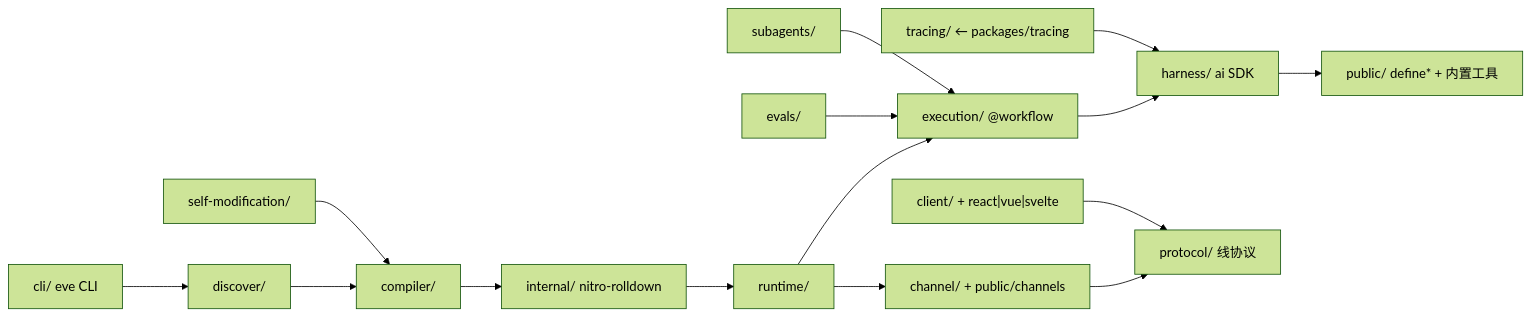
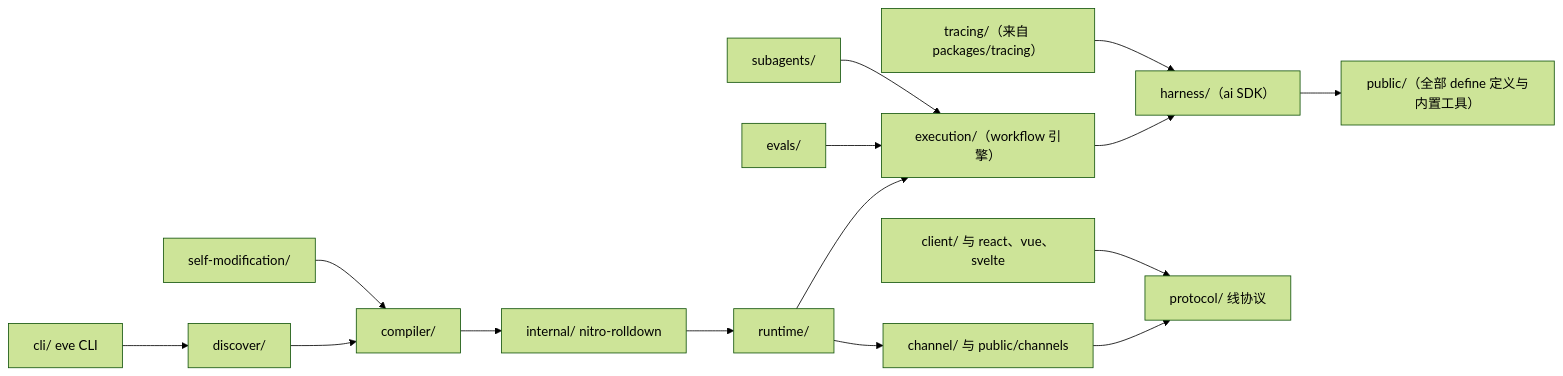
Before and after one commit to zjordon/eve: the second of 2 diagrams in out/架构分析.md, drawn with Mermaid (forest theme). The commit also changed other lines of this file and 1 other file, not shown here.

First line of the commit message:
docs: use GitHub-compatible mermaid syntax in analysis reports

````diff
--- a/out/架构分析.md
+++ b/out/架构分析.md
@@ -178,17 +181,17 @@
 ```mermaid
 graph LR
     CLI["cli/ eve CLI"] --> DISC["discover/"]
     DISC --> COMP["compiler/"]
     COMP --> INT["internal/ nitro-rolldown"]
     INT --> RUN["runtime/"]
-    RUN --> EXEC["execution/ @workflow"]
-    EXEC --> HAR["harness/ ai SDK"]
-    HAR --> PUB["public/ define* + 内置工具"]
-    RUN --> CH["channel/ + public/channels"]
+    RUN --> EXEC["execution/（workflow 引擎）"]
+    EXEC --> HAR["harness/（ai SDK）"]
+    HAR --> PUB["public/（全部 define 定义与内置工具）"]
+    RUN --> CH["channel/ 与 public/channels"]
     CH --> PROTO["protocol/ 线协议"]
-    CLIENT["client/ + react|vue|svelte"] --> PROTO
+    CLIENT["client/ 与 react、vue、svelte"] --> PROTO
     EVALS["evals/"] --> EXEC
     SELFMOD["self-modification/"] --> COMP
-    TRACING["tracing/ ← packages/tracing"] --> HAR
+    TRACING["tracing/（来自 packages/tracing）"] --> HAR
     SUB["subagents/"] --> EXEC
 ```
````
